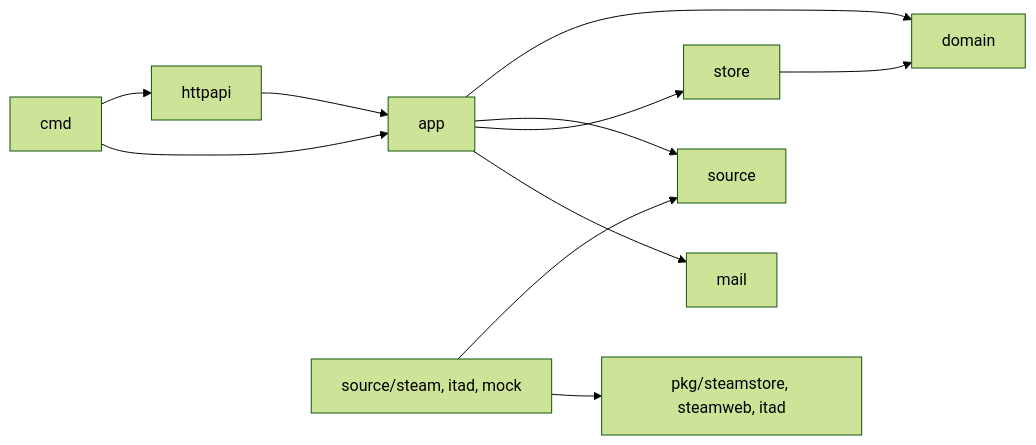
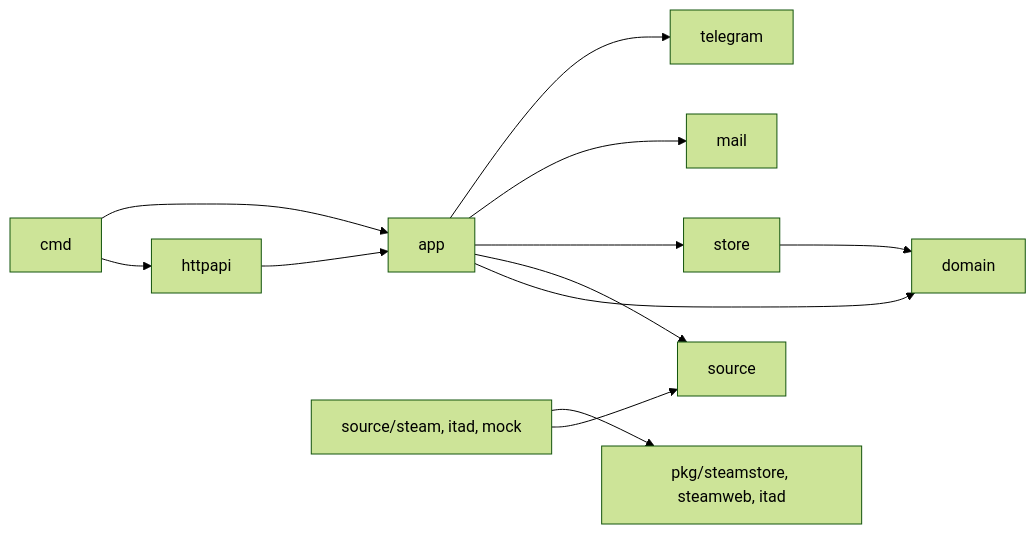
One commit to kiryshabutor/SDLC changed the third of 9 diagrams in sdd/sdd.md. Above: the diagram before and after it, drawn with Mermaid (forest theme). The commit also changed other lines of this file and 4 other files, not shown here.

````diff
--- a/sdd/sdd.md
+++ b/sdd/sdd.md
@@ -245,12 +248,13 @@
 ```mermaid
 flowchart LR
     cmd --> httpapi --> app
     cmd --> app
     app --> domain
     app --> source
     app --> store
     app --> mail
+    app --> telegram
     source_impl[source/steam, itad, mock] --> source
     source_impl --> pkg[pkg/steamstore, steamweb, itad]
     store --> domain
 ```
````
